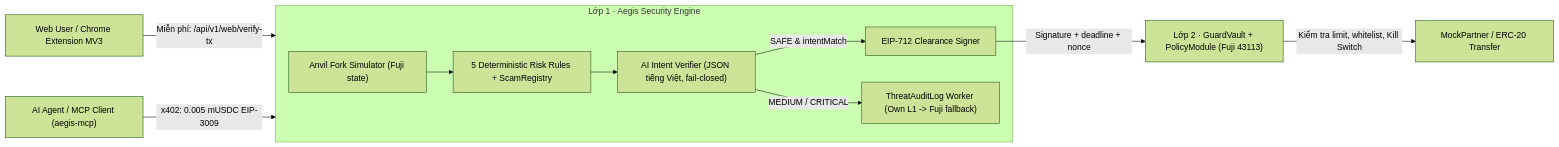
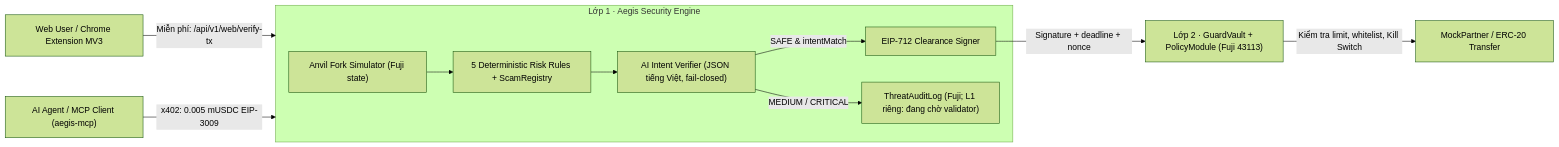
One commit to tq11372/aegis-avax changed the diagram in README.md. Above: the diagram before and after it, drawn with Mermaid (forest theme). The commit also changed other lines of this file and 15 other files, not shown here.

````diff
--- a/README.md
+++ b/README.md
@@ -11,13 +15,13 @@
 ```mermaid
 flowchart LR
   User["Web User / Chrome Extension MV3"] -->|Miễn phí: /api/v1/web/verify-tx| FW
   Agent["AI Agent / MCP Client (aegis-mcp)"] -->|x402: 0.005 mUSDC EIP-3009| FW
   subgraph FW["Lớp 1 · Aegis Security Engine"]
     Sim["Anvil Fork Simulator (Fuji state)"] --> Rules["5 Deterministic Risk Rules + ScamRegistry"]
     Rules --> LLM["AI Intent Verifier (JSON tiếng Việt, fail-closed)"]
     LLM -->|SAFE & intentMatch| Signer["EIP-712 Clearance Signer"]
-    LLM -->|MEDIUM / CRITICAL| Audit["ThreatAuditLog Worker (Own L1 -> Fuji fallback)"]
+    LLM -->|MEDIUM / CRITICAL| Audit["ThreatAuditLog (Fuji; L1 riêng: đang chờ validator)"]
   end
   Signer -->|Signature + deadline + nonce| Vault["Lớp 2 · GuardVault + PolicyModule (Fuji 43113)"]
   Vault -->|Kiểm tra limit, whitelist, Kill Switch| Target["MockPartner / ERC-20 Transfer"]
 ```
````
